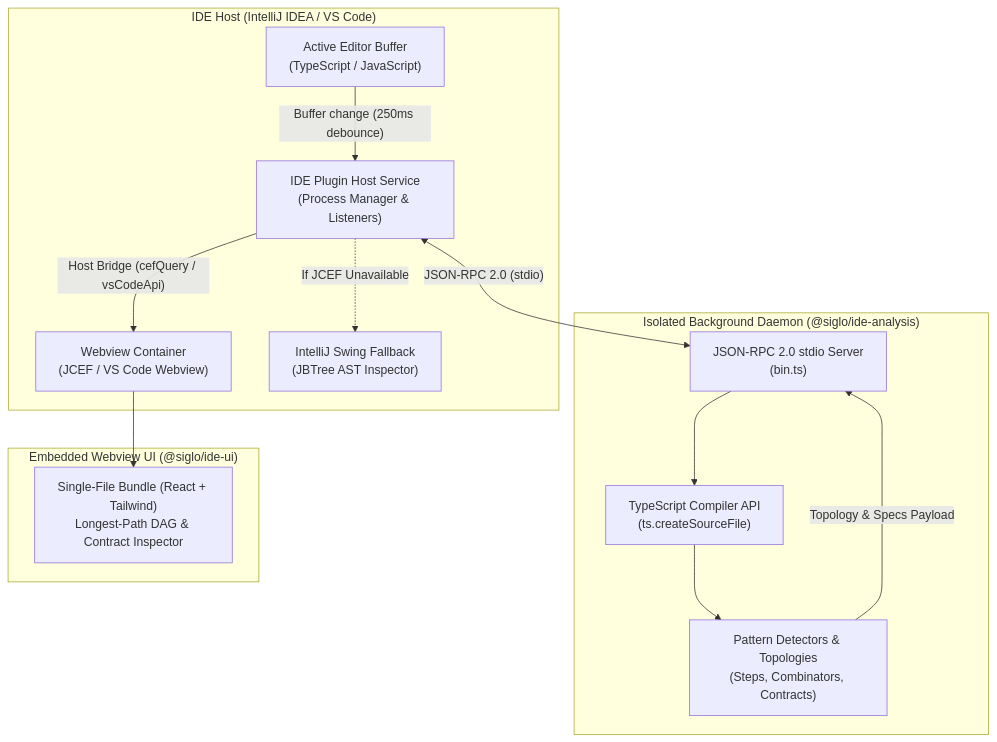
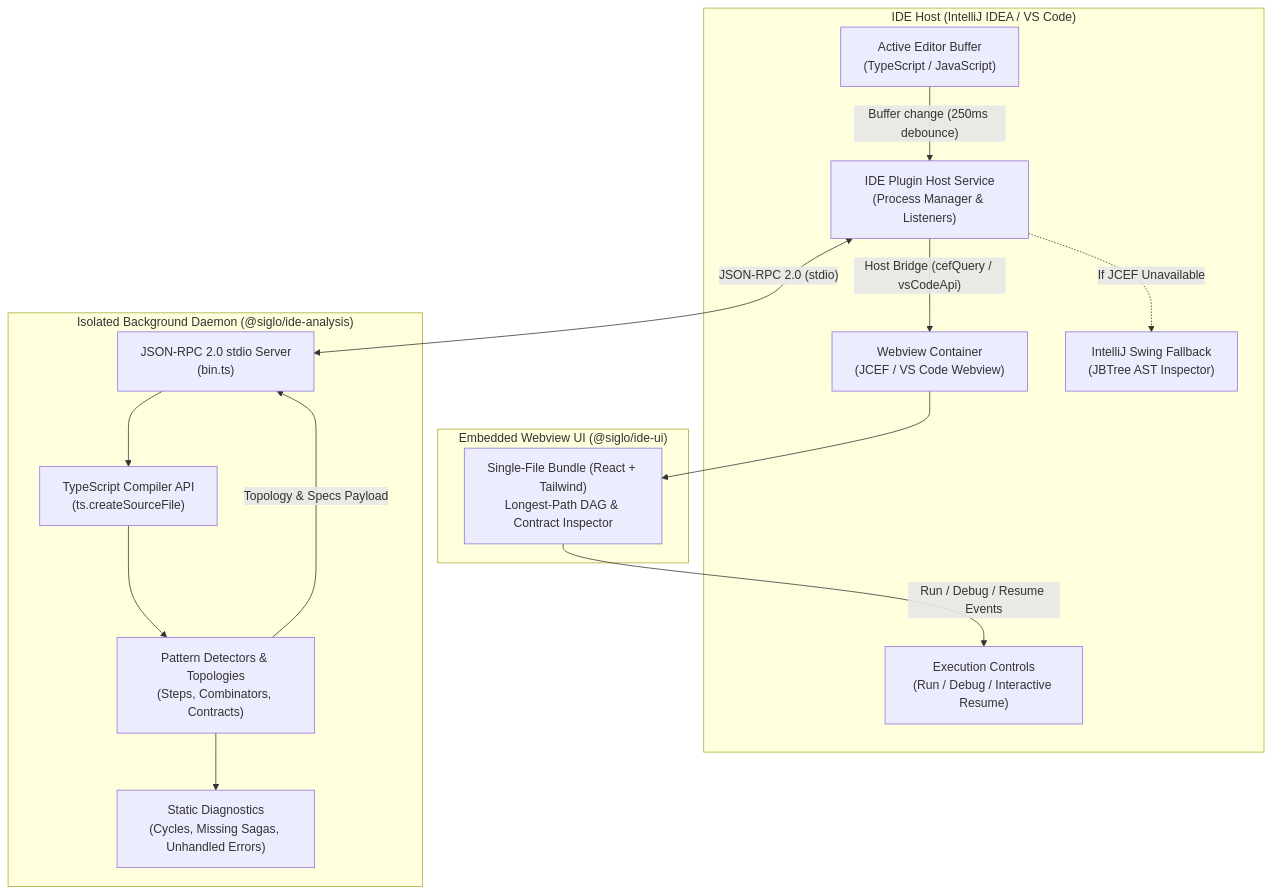
Before and after one commit to jsoftgem/siglo: the diagram in docs/ide-workflow-explorer.md, drawn with Mermaid. The commit also changed other lines of this file and 103 other files, not shown here.

First line of the commit message:
Release v1.2.3 — IDE Static Diagnostics, Ecosystem Deep-Dive Inspectors & Telemetry Import (#8)

````diff
--- a/docs/ide-workflow-explorer.md
+++ b/docs/ide-workflow-explorer.md
@@ -22,27 +22,30 @@
 ```mermaid
 flowchart TD
     subgraph IDEHost["IDE Host (IntelliJ IDEA / VS Code)"]
         Editor["Active Editor Buffer<br/>(TypeScript / JavaScript)"]
         PluginService["IDE Plugin Host Service<br/>(Process Manager & Listeners)"]
         WebviewView["Webview Container<br/>(JCEF / VS Code Webview)"]
         SwingFallback["IntelliJ Swing Fallback<br/>(JBTree AST Inspector)"]
+        RunConfigs["Execution Controls<br/>(Run / Debug / Interactive Resume)"]
     end
 
     subgraph Daemon["Isolated Background Daemon (@siglo/ide-analysis)"]
         RpcServer["JSON-RPC 2.0 stdio Server<br/>(bin.ts)"]
         AstParser["TypeScript Compiler API<br/>(ts.createSourceFile)"]
         TopologyEngine["Pattern Detectors & Topologies<br/>(Steps, Combinators, Contracts)"]
+        Diagnostics["Static Diagnostics<br/>(Cycles, Missing Sagas, Unhandled Errors)"]
     end
 
     subgraph UIAsset["Embedded Webview UI (@siglo/ide-ui)"]
         ReactApp["Single-File Bundle (React + Tailwind)<br/>Longest-Path DAG & Contract Inspector"]
     end
 
     Editor -->|"Buffer change (250ms debounce)"| PluginService
     PluginService <-->|"JSON-RPC 2.0 (stdio)"| RpcServer
-    RpcServer --> AstParser --> TopologyEngine
+    RpcServer --> AstParser --> TopologyEngine --> Diagnostics
     TopologyEngine -->|"Topology & Specs Payload"| RpcServer
     PluginService -->|"Host Bridge (cefQuery / vsCodeApi)"| WebviewView
     WebviewView --> ReactApp
+    ReactApp -->|"Run / Debug / Resume Events"| RunConfigs
     PluginService -.->|"If JCEF Unavailable"| SwingFallback
 ```
````
